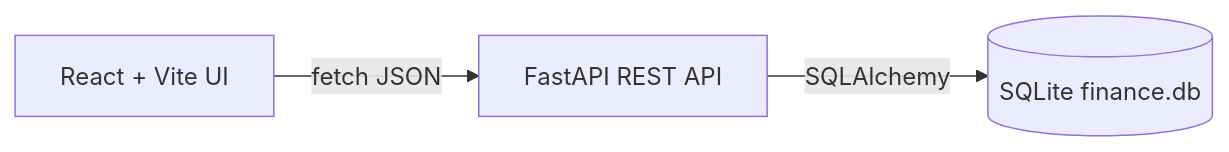
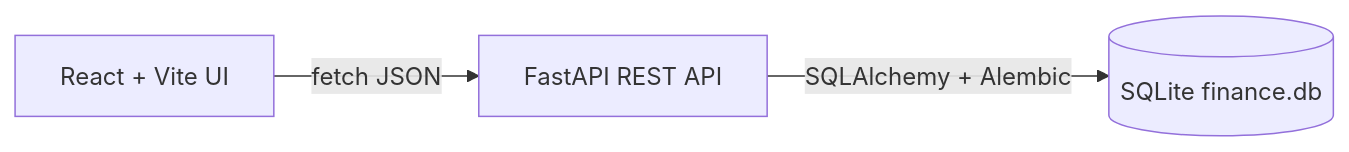
One commit to LoraMarinova/smart-finance-tracker changed the diagram in docs/PLAN.md. Above: the diagram before and after it, drawn with Mermaid. The commit also changed other lines of this file and 39 other files, not shown here.

````diff
--- a/docs/PLAN.md
+++ b/docs/PLAN.md
@@ -7,5 +7,5 @@
 ```mermaid
 flowchart LR
   UI[React + Vite UI] -->|fetch JSON| API[FastAPI REST API]
-  API -->|SQLAlchemy| DB[(SQLite finance.db)]
+  API -->|SQLAlchemy + Alembic| DB[(SQLite finance.db)]
 ```
````
